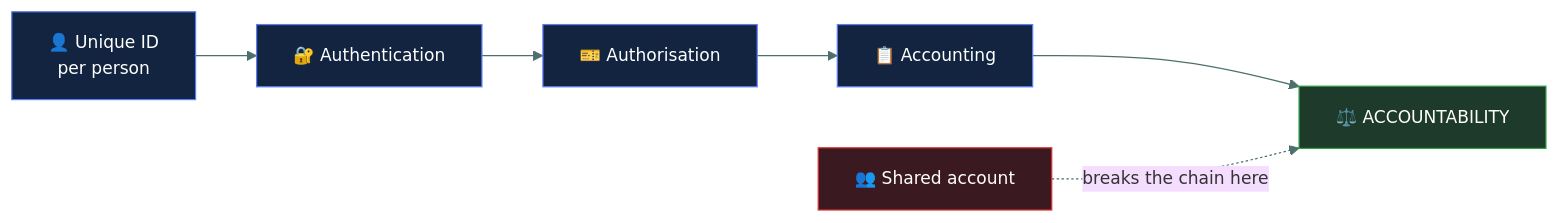
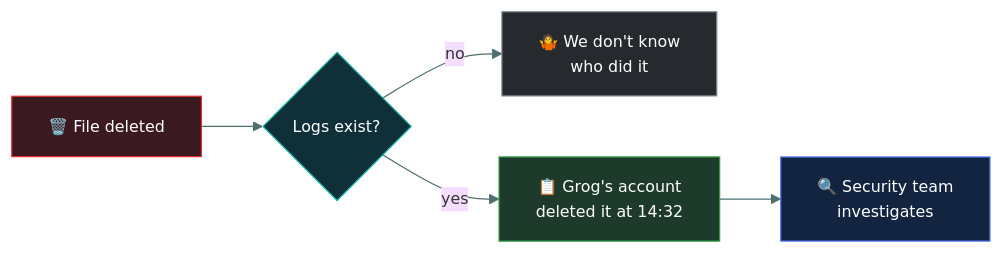
The fourth of 5 diagrams in 01-security-principles/authorization-and-accounting/README.md (tarunTejaDesireddy/cc-exam-prep), drawn with Mermaid before and after one commit. The commit also changed other lines of this file and 1 other file, not shown here.

First line of the commit message:
Rewrite authorization-and-accounting with the AAA caveman walkthrough

````diff
--- a/01-security-principles/authorization-and-accounting/README.md
+++ b/01-security-principles/authorization-and-accounting/README.md
@@ -140,16 +193,14 @@
 ```mermaid
-%%{init: {'theme':'base','themeVariables':{'fontSize':'14px','lineColor':'#4d6f6e','textColor':'#dbe7e6'}}}%%
+%%{init: {'theme':'base','themeVariables':{'fontFamily':'Segoe UI, Helvetica Neue, Arial, sans-serif','fontSize':'13px','lineColor':'#4d6f6e','textColor':'#dbe7e6'}}}%%
 flowchart LR
-    U1["👤 Unique ID<br/>per person"] --> AU["🔐 Authentication"]
-    AU --> AZ["🎫 Authorisation"]
-    AZ --> AC["📋 Accounting"]
-    AC --> ACC["⚖️ ACCOUNTABILITY"]
-    S["👥 Shared account"] -.->|"breaks the chain here"| ACC
+    DEL["🗑️ File deleted"] --> Q{"Logs exist?"}
+    Q -->|no| SHRUG["🤷 We don't know<br/>who did it"]
+    Q -->|yes| KNOW["📋 Grog's account<br/>deleted it at 14:32"]
+    KNOW --> INV["🔍 Security team<br/>investigates"]
 
-    style U1 fill:#12243f,stroke:#5C7CFA,color:#fff
-    style AU fill:#12243f,stroke:#5C7CFA,color:#fff
-    style AZ fill:#12243f,stroke:#5C7CFA,color:#fff
-    style AC fill:#12243f,stroke:#5C7CFA,color:#fff
-    style ACC fill:#1d3a2a,stroke:#2F9E44,color:#fff
-    style S fill:#3a1a20,stroke:#E03131,color:#fff
+    style DEL fill:#3a1a20,stroke:#E03131,color:#fff
+    style Q fill:#0f3038,stroke:#12B5A5,color:#fff
+    style SHRUG fill:#26292e,stroke:#868E96,color:#fff
+    style KNOW fill:#1d3a2a,stroke:#2F9E44,color:#fff
+    style INV fill:#12243f,stroke:#5C7CFA,color:#fff
 ```
````
